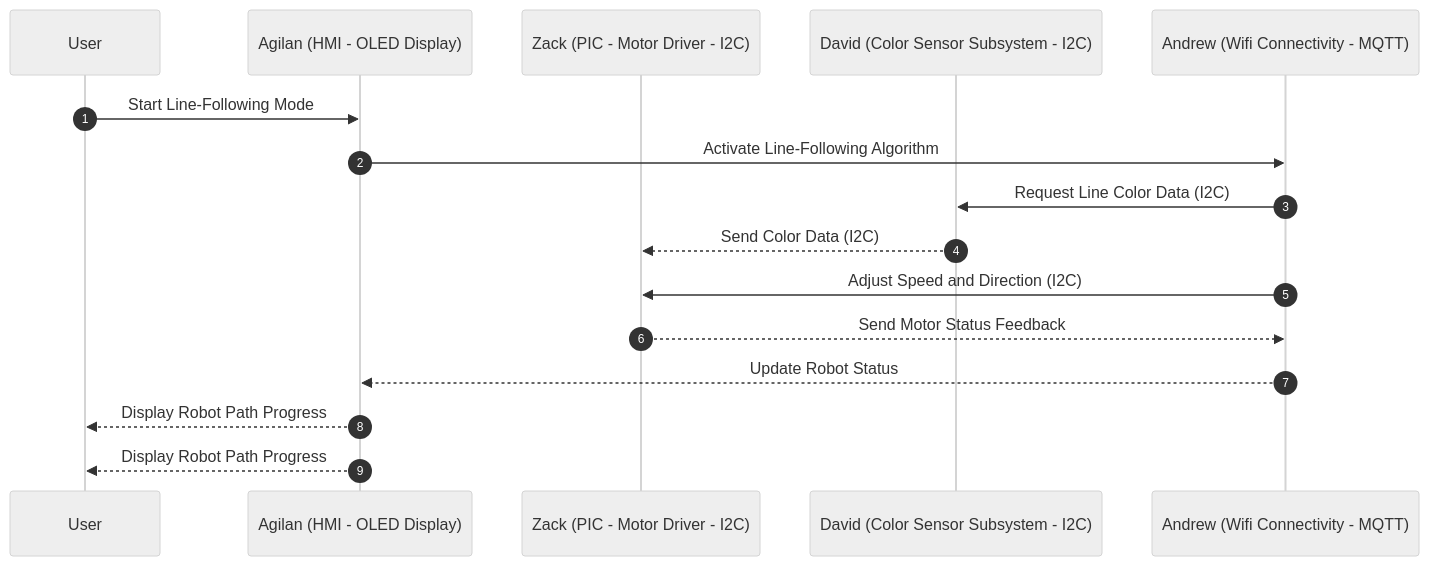
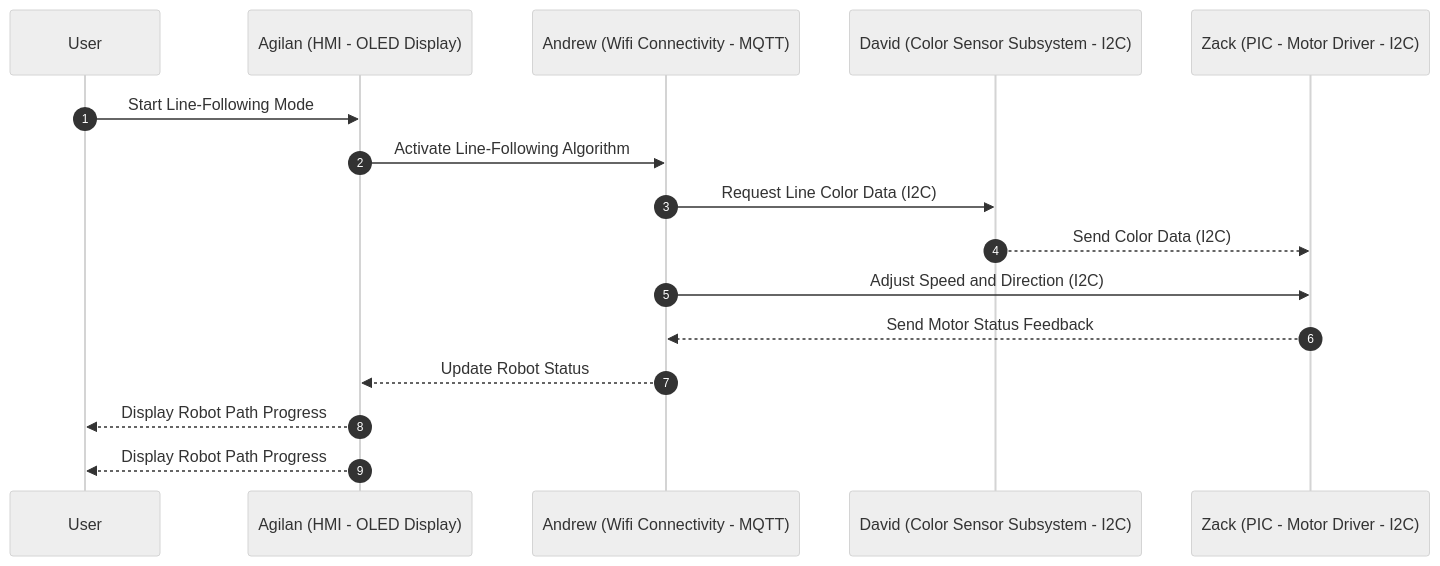
One commit to ASU-EGR314-2025-S-305/ASU-EGR314-2025-S-305.github.io changed the first of 2 diagrams in docs/charts.md. Above: the diagram before and after it, drawn with Mermaid (neutral theme). The commit also changed other lines of this file, not shown here.

````diff
--- a/docs/charts.md
+++ b/docs/charts.md
@@ -57,19 +57,19 @@
 ```mermaid
 sequenceDiagram
     autonumber
     participant User
     participant HMI as Agilan (HMI - OLED Display)
+    participant Andrew as Andrew (Wifi Connectivity - MQTT)
+    participant David as David (Color Sensor Subsystem - I2C)
     participant Zack as Zack (PIC - Motor Driver - I2C)
-    participant David as David (Color Sensor Subsystem - I2C)
-    participant Andrew as Andrew (Wifi Connectivity - MQTT)
 
     User->>HMI: Start Line-Following Mode
     HMI->>Andrew: Activate Line-Following Algorithm
     Andrew->>David: Request Line Color Data (I2C)
     David-->>Zack: Send Color Data (I2C)
     Andrew->>Zack: Adjust Speed and Direction (I2C)
     Zack-->>Andrew: Send Motor Status Feedback
     Andrew-->>HMI: Update Robot Status
     HMI-->>User: Display Robot Path Progress
     HMI-->>User: Display Robot Path Progress
 ```
````
